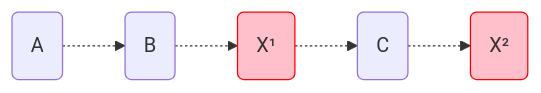
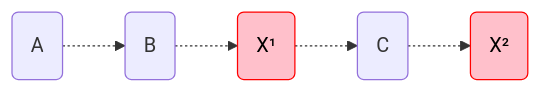
Before and after one commit to next-gen-dev/reactive-benchmark: the fourth of 6 diagrams in docs/Propagation.md, drawn with Mermaid. The commit also changed other lines of this file and 1 other file, not shown here.

Commit message:
Set mermaid node text colors for better dark mode support

````diff
--- a/docs/Propagation.md
+++ b/docs/Propagation.md
@@ -34,6 +34,6 @@
 ```mermaid
     graph LR;;
         A(A)-.->B(B)-.->X1("X¹")-.->C(C)-.->X2("X²");
-        style X1 fill:pink,stroke:red
-        style X2 fill:pink,stroke:red
+        style X1 fill:pink,stroke:red,color:black
+        style X2 fill:pink,stroke:red,color:black
 ```
````
